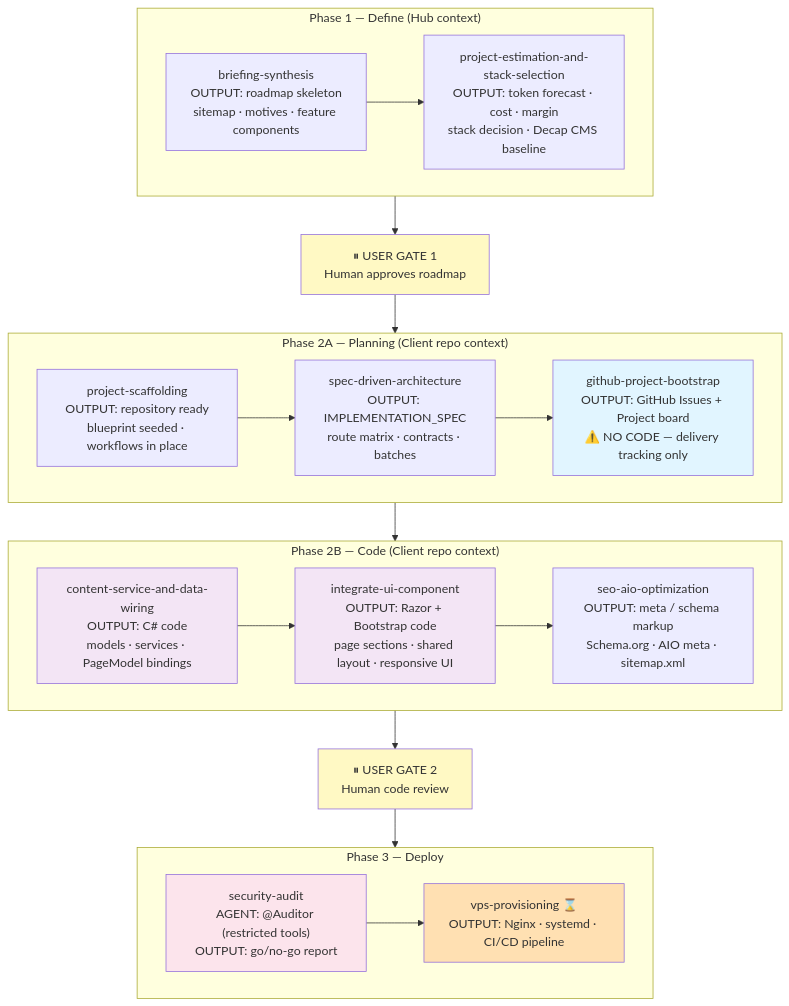
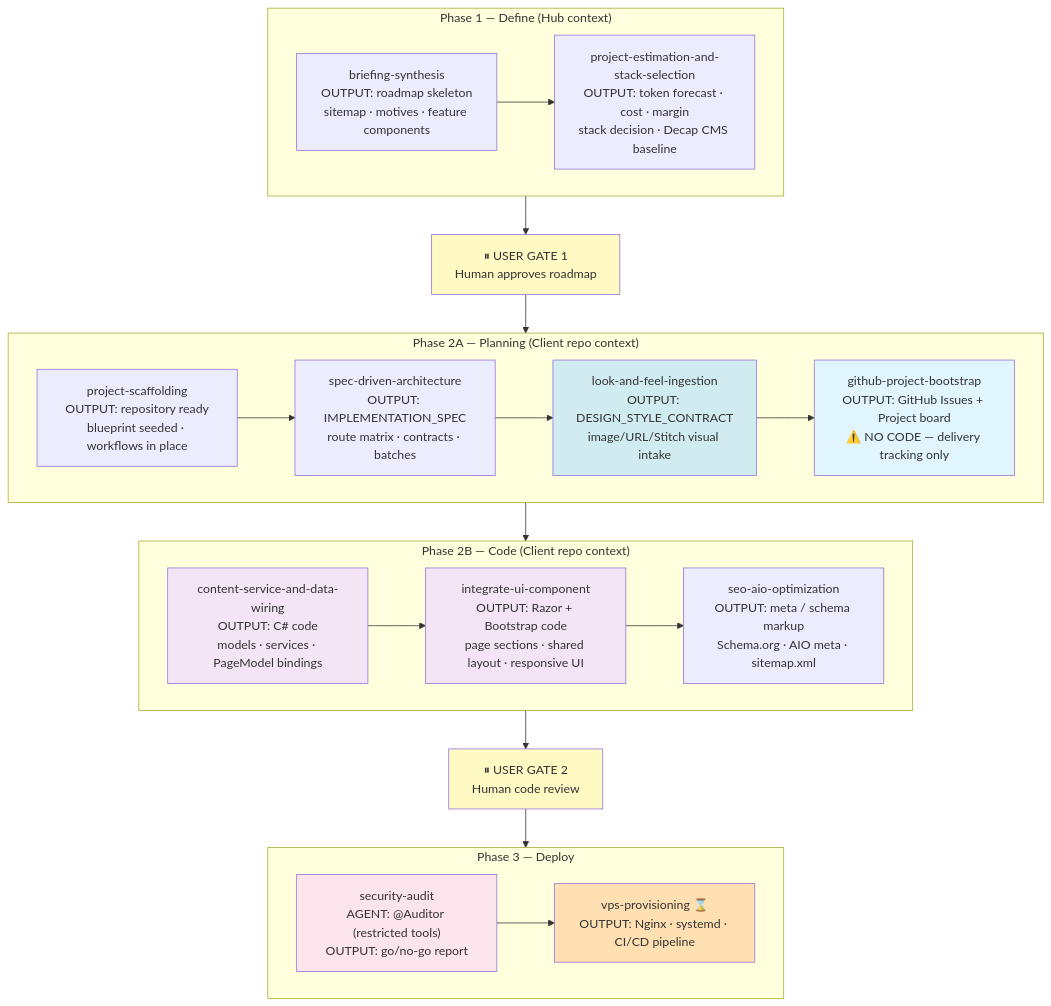
Before and after one commit to carlosperez1986/web-factory-orchestrator: the seventh of 8 diagrams in docs/wfo-flowcharts.md, drawn with Mermaid. The commit also changed other lines of this file and 10 other files, not shown here.

Commit message:
feat: Introduce look-and-feel-ingestion skill and update project workflows for visual style capture

````diff
--- a/docs/wfo-flowcharts.md
+++ b/docs/wfo-flowcharts.md
@@ -239,42 +241,44 @@
 ```mermaid
 flowchart TD
     subgraph define ["Phase 1 — Define (Hub context)"]
         S1["briefing-synthesis<br/>OUTPUT: roadmap skeleton<br/>sitemap · motives · feature components"]
         S2["project-estimation-and-stack-selection<br/>OUTPUT: token forecast · cost · margin<br/>stack decision · Decap CMS baseline"]
         S1 --> S2
     end
 
     GU1["⏸ USER GATE 1<br/>Human approves roadmap"]
 
     subgraph build_infra ["Phase 2A — Planning (Client repo context)"]
         S3["project-scaffolding<br/>OUTPUT: repository ready<br/>blueprint seeded · workflows in place"]
         S4["spec-driven-architecture<br/>OUTPUT: IMPLEMENTATION_SPEC<br/>route matrix · contracts · batches"]
-        S5["github-project-bootstrap<br/>OUTPUT: GitHub Issues + Project board<br/>⚠️ NO CODE — delivery tracking only"]
-        S3 --> S4 --> S5
+        S5["look-and-feel-ingestion<br/>OUTPUT: DESIGN_STYLE_CONTRACT<br/>image/URL/Stitch visual intake"]
+        S6["github-project-bootstrap<br/>OUTPUT: GitHub Issues + Project board<br/>⚠️ NO CODE — delivery tracking only"]
+        S3 --> S4 --> S5 --> S6
     end
 
     subgraph build_code ["Phase 2B — Code (Client repo context)"]
-        S6["content-service-and-data-wiring<br/>OUTPUT: C# code<br/>models · services · PageModel bindings"]
-        S7["integrate-ui-component<br/>OUTPUT: Razor + Bootstrap code<br/>page sections · shared layout · responsive UI"]
-        S8["seo-aio-optimization<br/>OUTPUT: meta / schema markup<br/>Schema.org · AIO meta · sitemap.xml"]
-        S6 --> S7 --> S8
+        S7["content-service-and-data-wiring<br/>OUTPUT: C# code<br/>models · services · PageModel bindings"]
+        S8["integrate-ui-component<br/>OUTPUT: Razor + Bootstrap code<br/>page sections · shared layout · responsive UI"]
+        S9["seo-aio-optimization<br/>OUTPUT: meta / schema markup<br/>Schema.org · AIO meta · sitemap.xml"]
+        S7 --> S8 --> S9
     end
 
     GU2["⏸ USER GATE 2<br/>Human code review"]
 
     subgraph deploy ["Phase 3 — Deploy"]
-        S9["security-audit<br/>AGENT: @Auditor (restricted tools)<br/>OUTPUT: go/no-go report"]
-        S10["vps-provisioning ⌛<br/>OUTPUT: Nginx · systemd · CI/CD pipeline"]
-        S9 --> S10
+        S10["security-audit<br/>AGENT: @Auditor (restricted tools)<br/>OUTPUT: go/no-go report"]
+        S11["vps-provisioning ⌛<br/>OUTPUT: Nginx · systemd · CI/CD pipeline"]
+        S10 --> S11
     end
 
     define --> GU1 --> build_infra --> build_code --> GU2 --> deploy
 
-    style S5 fill:#e1f5ff
-    style S6 fill:#f3e5f5
+    style S5 fill:#d1ecf1
+    style S6 fill:#e1f5ff
     style S7 fill:#f3e5f5
-    style S9 fill:#fce4ec
-    style S10 fill:#ffe0b2
+    style S8 fill:#f3e5f5
+    style S10 fill:#fce4ec
+    style S11 fill:#ffe0b2
     style GU1 fill:#fff9c4
     style GU2 fill:#fff9c4
 ```
````
